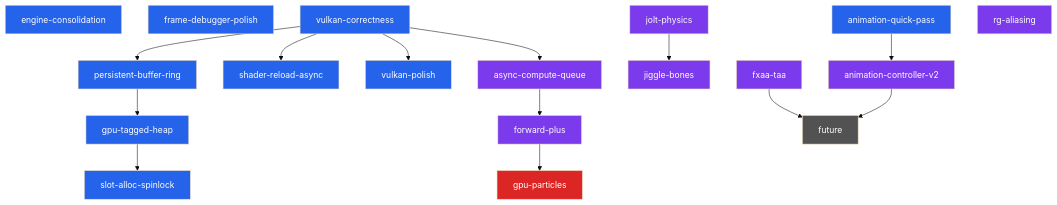
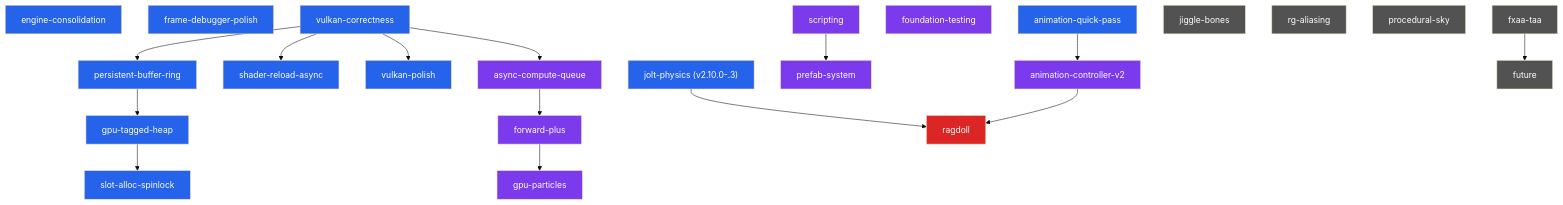
The diagram in docs/development/BACKLOG.md (Hekbas/Luth), drawn with Mermaid (base theme) before and after one commit. The commit also changed other lines of this file and 5 other files, not shown here.

First line of the commit message:
chore(docs): refresh post-Jolt — arch/physics + scene-ecs + editor + BACKLOG + ROADMAP + README

````diff
--- a/docs/development/BACKLOG.md
+++ b/docs/development/BACKLOG.md
@@ -34,53 +40,64 @@
 ```mermaid
 graph TD
     consol["engine-consolidation"]
     fdp["frame-debugger-polish"]
     vc["vulkan-correctness"]
     aqp["animation-quick-pass"]
     pbr["persistent-buffer-ring"]
     gth["gpu-tagged-heap"]
     sas["slot-alloc-spinlock"]
     sra["shader-reload-async"]
     vp["vulkan-polish"]
-    jolt["jolt-physics"]
+    jolt["jolt-physics (v2.10.0-.3)"]
+    ft["foundation-testing"]
+    acq["async-compute-queue"]
+    forward["forward-plus"]
+    particles["gpu-particles"]
+    scripting["scripting"]
+    prefab["prefab-system"]
+    av2["animation-controller-v2"]
+    ragdoll["ragdoll"]
     jiggle["jiggle-bones"]
-    acq["async-compute-queue"]
     rga["rg-aliasing"]
-    forward["forward-plus"]
+    psky["procedural-sky"]
     fxaa["fxaa-taa"]
-    av2["animation-controller-v2"]
-    particles["gpu-particles"]
     future["future"]
 
     vc --> pbr
     pbr --> gth
     gth --> sas
     vc --> sra
     vc --> vp
     vc --> acq
     aqp --> av2
     acq --> forward
     forward --> particles
-    jolt --> jiggle
+    scripting --> prefab
+    jolt --> ragdoll
+    av2 --> ragdoll
     fxaa --> future
-    av2 --> future
 
     style consol fill:#2563eb,color:#fff
     style fdp fill:#2563eb,color:#fff
     style vc fill:#2563eb,color:#fff
     style aqp fill:#2563eb,color:#fff
     style pbr fill:#2563eb,color:#fff
     style gth fill:#2563eb,color:#fff
     style sas fill:#2563eb,color:#fff
     style sra fill:#2563eb,color:#fff
     style vp fill:#2563eb,color:#fff
-    style jolt fill:#7c3aed,color:#fff
-    style jiggle fill:#7c3aed,color:#fff
+    style jolt fill:#2563eb,color:#fff
+    style ft fill:#7c3aed,color:#fff
     style acq fill:#7c3aed,color:#fff
-    style rga fill:#7c3aed,color:#fff
     style forward fill:#7c3aed,color:#fff
-    style fxaa fill:#7c3aed,color:#fff
+    style scripting fill:#7c3aed,color:#fff
+    style prefab fill:#7c3aed,color:#fff
     style av2 fill:#7c3aed,color:#fff
-    style particles fill:#dc2626,color:#fff
+    style particles fill:#7c3aed,color:#fff
+    style ragdoll fill:#dc2626,color:#fff
+    style jiggle fill:#525252,color:#fff
+    style rga fill:#525252,color:#fff
+    style psky fill:#525252,color:#fff
+    style fxaa fill:#525252,color:#fff
     style future fill:#525252,color:#fff
 ```
````
